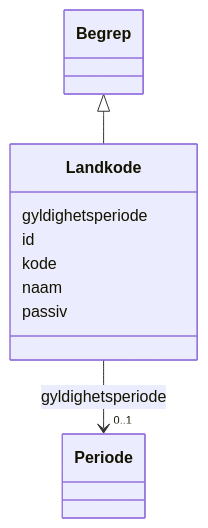
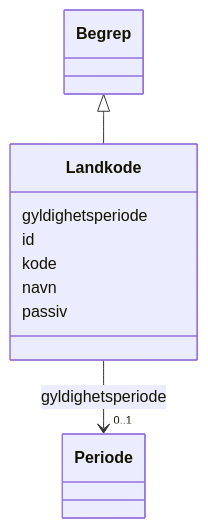
The diagram in mkdocs/docs/fint/fint-administrasjon/klasser/Landkode.md (brreg/linkml-w3c-no-profiles), drawn with Mermaid before and after one commit. The commit also changed other lines of this file and 391 other files, not shown here.

````diff
--- a/mkdocs/docs/fint/fint-administrasjon/klasser/Landkode.md
+++ b/mkdocs/docs/fint/fint-administrasjon/klasser/Landkode.md
@@ -18,28 +18,28 @@
 ```mermaid
  classDiagram
     class Landkode
     click Landkode href "../Landkode/"
       Begrep <|-- Landkode
         click Begrep href "../Begrep/"
       
       Landkode : gyldighetsperiode
         
           
     
         
         
         Landkode --> "0..1" Periode : gyldighetsperiode
         click Periode href "../Periode/"
     
 
         
       Landkode : id
         
       Landkode : kode
         
-      Landkode : naam
+      Landkode : navn
         
       Landkode : passiv
         
       
 ```
````
